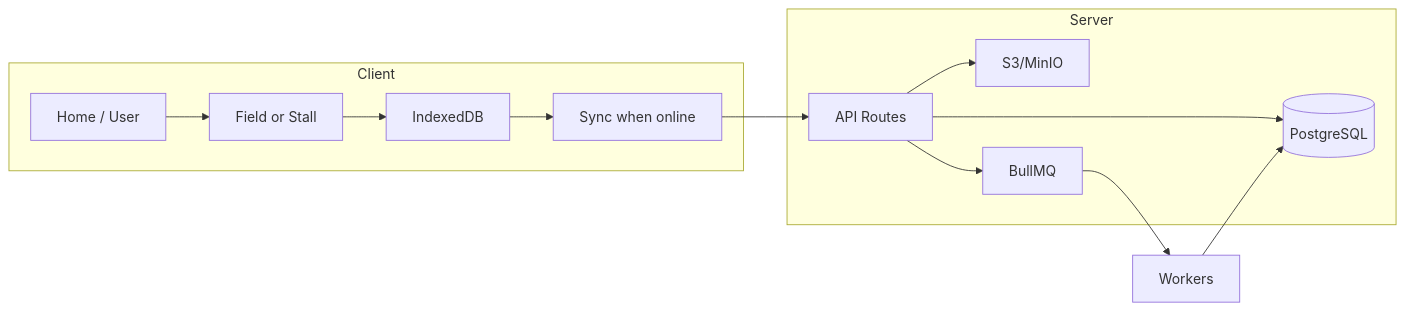
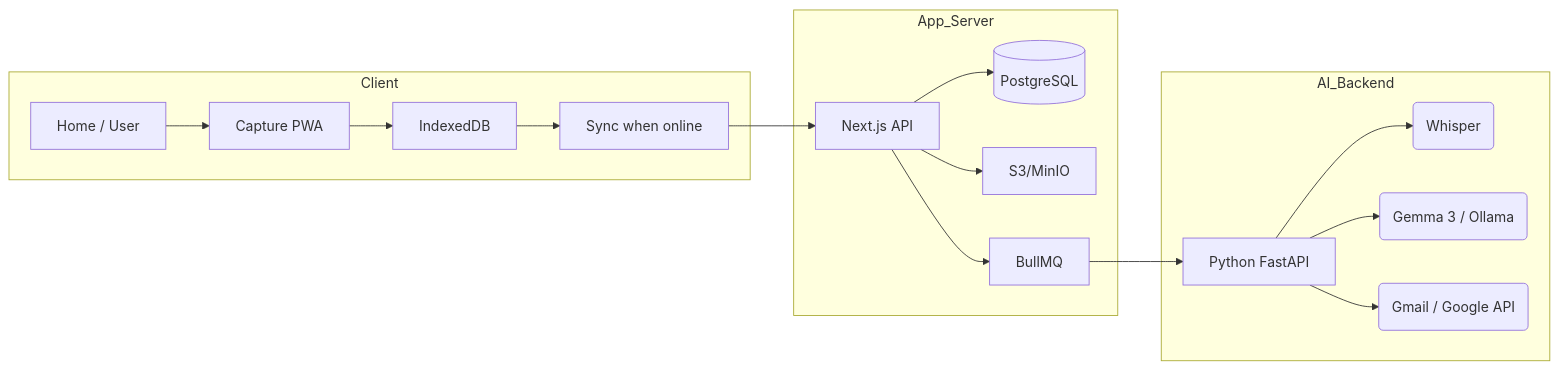
The diagram in README.md (Purv-Kabaria/Businessmen), drawn with Mermaid before and after one commit. The commit also changed other lines of this file, not shown here.

````diff
--- a/README.md
+++ b/README.md
@@ -174,16 +124,20 @@
 ```mermaid
 flowchart LR
     subgraph Client
-        A[Home / User] --> B[Field or Stall]
+        A[Home / User] --> B[Capture PWA]
         B --> C[IndexedDB]
         C --> D[Sync when online]
     end
-    subgraph Server
-        D --> E[API Routes]
+    subgraph App_Server
+        D --> E[Next.js API]
         E --> F[(PostgreSQL)]
         E --> G[S3/MinIO]
         E --> H[BullMQ]
     end
-    H --> I[Workers]
-    I --> F
+    subgraph AI_Backend
+        H --> I[Python FastAPI]
+        I --> J(Whisper)
+        I --> K(Gemma 3 / Ollama)
+        I --> L(Gmail / Google API)
+    end
 ```
````
